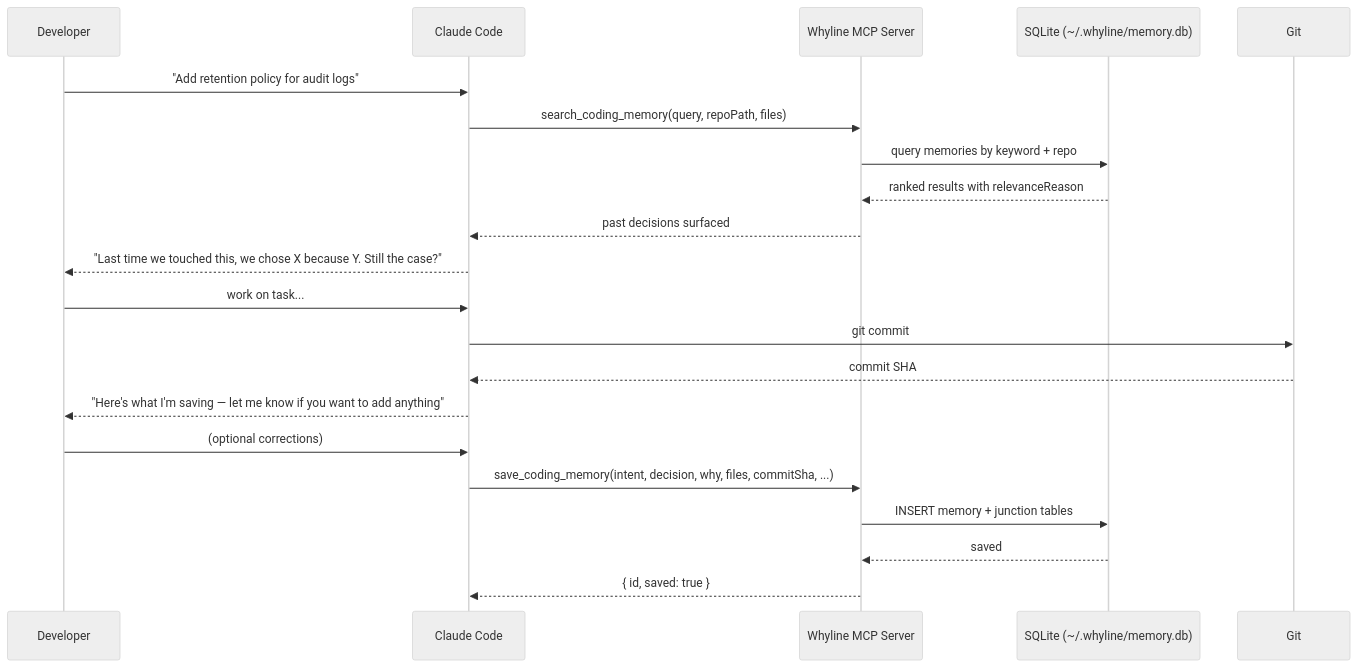
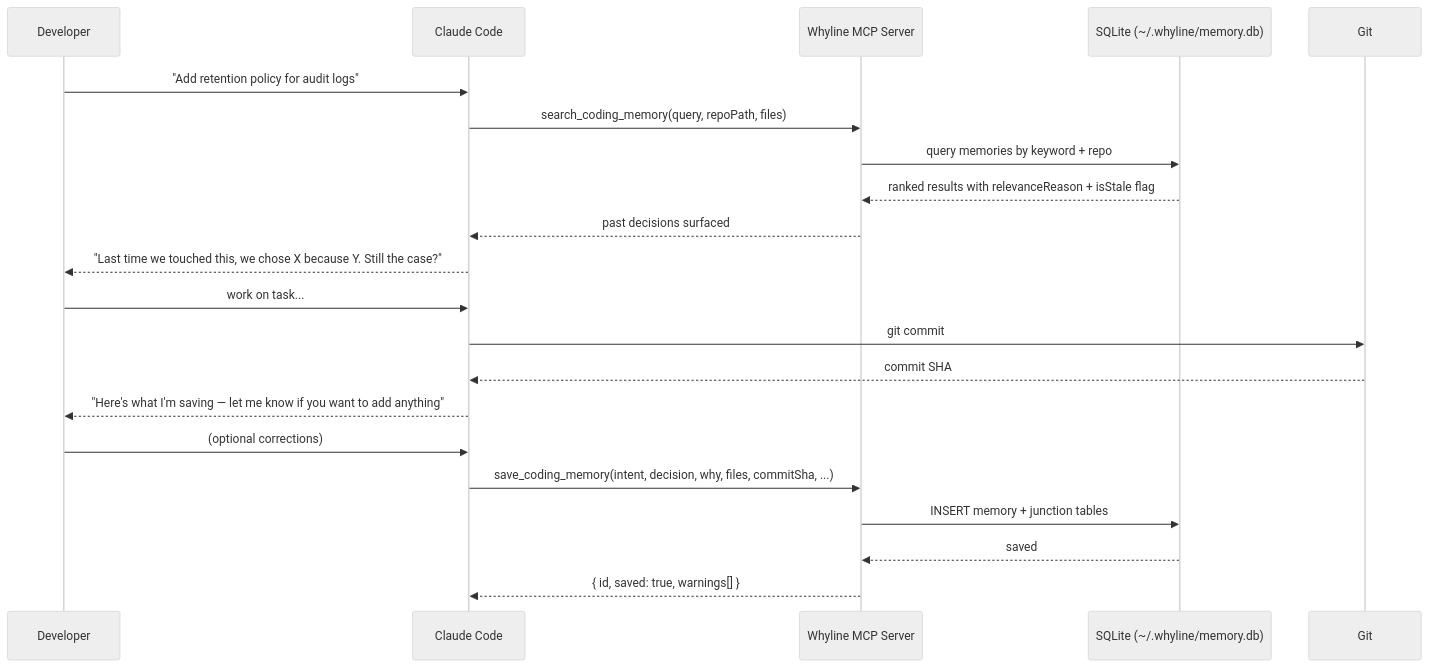
Before and after one commit to malinda1986/whyline: the first of 8 diagrams in docs/architecture.md, drawn with Mermaid (neutral theme). The commit also changed other lines of this file and 9 other files, not shown here.

````diff
--- a/docs/architecture.md
+++ b/docs/architecture.md
@@ -18,26 +18,26 @@
 ```mermaid
 sequenceDiagram
     participant Dev as Developer
     participant CC as Claude Code
     participant MCP as Whyline MCP Server
     participant DB as SQLite (~/.whyline/memory.db)
     participant Git as Git
 
     Dev->>CC: "Add retention policy for audit logs"
     CC->>MCP: search_coding_memory(query, repoPath, files)
     MCP->>DB: query memories by keyword + repo
-    DB-->>MCP: ranked results with relevanceReason
+    DB-->>MCP: ranked results with relevanceReason + isStale flag
     MCP-->>CC: past decisions surfaced
     CC-->>Dev: "Last time we touched this, we chose X because Y. Still the case?"
 
     Dev->>CC: work on task...
     CC->>Git: git commit
 
     Git-->>CC: commit SHA
     CC-->>Dev: "Here's what I'm saving — let me know if you want to add anything"
     Dev->>CC: (optional corrections)
     CC->>MCP: save_coding_memory(intent, decision, why, files, commitSha, ...)
     MCP->>DB: INSERT memory + junction tables
     DB-->>MCP: saved
-    MCP-->>CC: { id, saved: true }
+    MCP-->>CC: { id, saved: true, warnings[] }
 ```
````
